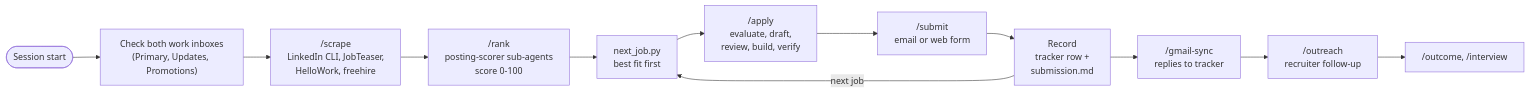
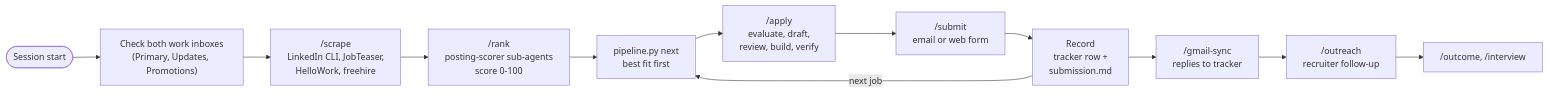
Before and after one commit to rshz3028/ai-job-search: the first of 8 diagrams in docs/WORKFLOWS.md, drawn with Mermaid. The commit also changed other lines of this file and 128 other files, not shown here.

````diff
--- a/docs/WORKFLOWS.md
+++ b/docs/WORKFLOWS.md
@@ -9,14 +9,14 @@
 ```mermaid
 flowchart LR
     start(["Session start"]) --> inbox["Check both work inboxes<br/>(Primary, Updates, Promotions)"]
     inbox --> scrape["/scrape<br/>LinkedIn CLI, JobTeaser,<br/>HelloWork, freehire"]
     scrape --> rank["/rank<br/>posting-scorer sub-agents<br/>score 0-100"]
-    rank --> pick["next_job.py<br/>best fit first"]
+    rank --> pick["pipeline.py next<br/>best fit first"]
     pick --> apply["/apply<br/>evaluate, draft,<br/>review, build, verify"]
     apply --> submit["/submit<br/>email or web form"]
     submit --> record["Record<br/>tracker row +<br/>submission.md"]
     record --> sync["/gmail-sync<br/>replies to tracker"]
     sync --> outreach["/outreach<br/>recruiter follow-up"]
     outreach --> outcome["/outcome, /interview"]
     record -->|"next job"| pick
 ```
````
